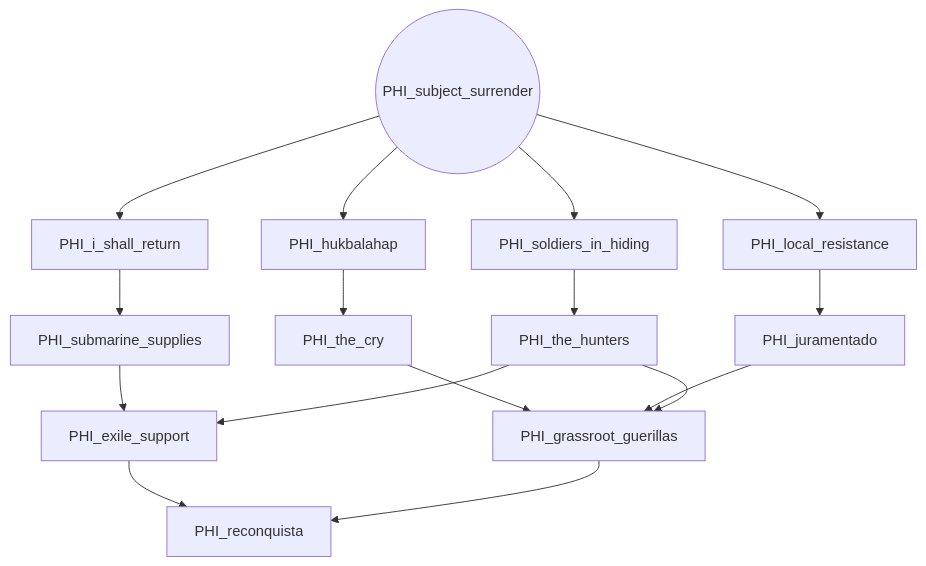
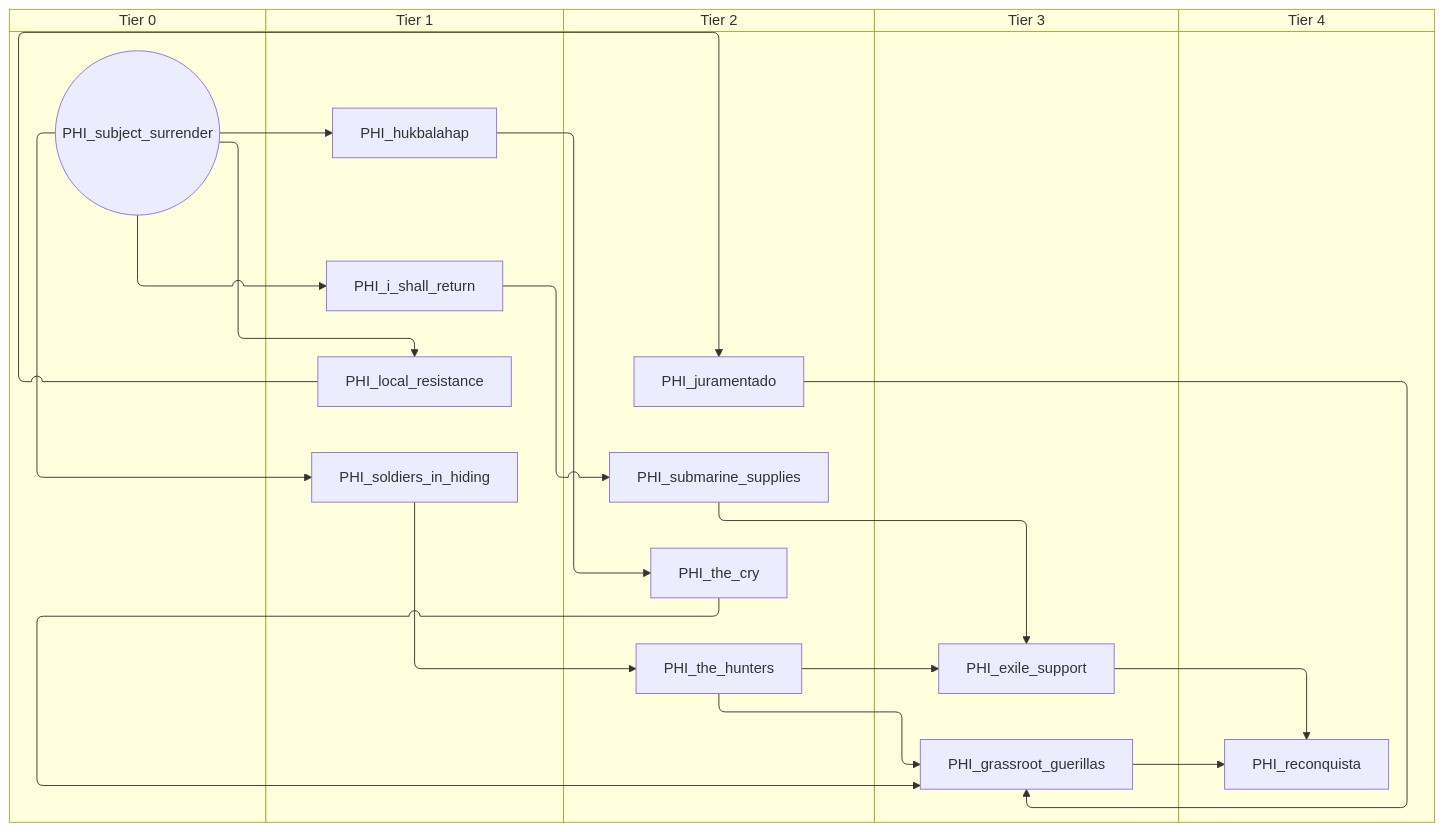
Before and after one commit to evgeny-sobol/hoi4-sandbox-mode-r56: the sixth of 7 diagrams in docs/gdd/National Focuses/r56/philippines.md, drawn with Mermaid. The commit also changed other lines of this file and 423 other files, not shown here.

First line of the commit message:
Re-export Rt56 focus trees as swimlane diagrams

````diff
--- a/docs/gdd/National Focuses/r56/philippines.md
+++ b/docs/gdd/National Focuses/r56/philippines.md
@@ -437,30 +531,40 @@
 ```mermaid
-flowchart TD
-    n142["PHI_exile_support"]
-    n143["PHI_grassroot_guerillas"]
-    n144["PHI_hukbalahap"]
-    n145["PHI_i_shall_return"]
-    n146["PHI_juramentado"]
-    n147["PHI_local_resistance"]
-    n148["PHI_reconquista"]
-    n149["PHI_soldiers_in_hiding"]
-    n150(("PHI_subject_surrender"))
-    n151["PHI_submarine_supplies"]
-    n152["PHI_the_cry"]
-    n153["PHI_the_hunters"]
-    n151 --> n142
-    n153 --> n142
-    n152 --> n143
-    n146 --> n143
-    n153 --> n143
-    n150 --> n144
-    n150 --> n145
-    n147 --> n146
-    n150 --> n147
-    n142 --> n148
-    n143 --> n148
-    n150 --> n149
-    n145 --> n151
-    n144 --> n152
-    n149 --> n153
+swimlane-beta TD
+    subgraph tier_0["Tier 0"]
+        n142(("PHI_subject_surrender"))
+    end
+    subgraph tier_1["Tier 1"]
+        n143["PHI_hukbalahap"]
+        n144["PHI_i_shall_return"]
+        n145["PHI_local_resistance"]
+        n146["PHI_soldiers_in_hiding"]
+    end
+    subgraph tier_2["Tier 2"]
+        n147["PHI_juramentado"]
+        n148["PHI_submarine_supplies"]
+        n149["PHI_the_cry"]
+        n150["PHI_the_hunters"]
+    end
+    subgraph tier_3["Tier 3"]
+        n151["PHI_exile_support"]
+        n152["PHI_grassroot_guerillas"]
+    end
+    subgraph tier_4["Tier 4"]
+        n153["PHI_reconquista"]
+    end
+    n148 --> n151
+    n150 --> n151
+    n149 --> n152
+    n147 --> n152
+    n150 --> n152
+    n142 --> n143
+    n142 --> n144
+    n145 --> n147
+    n142 --> n145
+    n151 --> n153
+    n152 --> n153
+    n142 --> n146
+    n144 --> n148
+    n143 --> n149
+    n146 --> n150
 ```
````
